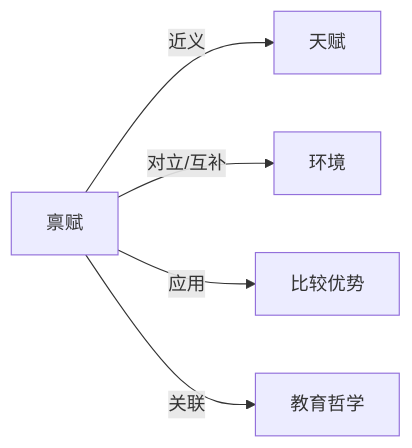
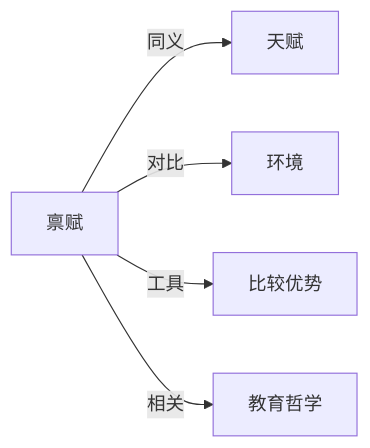
The diagram in Knowledge/Concepts/心理学/禀赋.md (KIMMCHOW/MyKnowledge), drawn with Mermaid before and after one commit. The commit also changed 95 other files, not shown here.

Commit message:
reorganize: 统一关系图边标签为11类

````diff
--- a/Knowledge/Concepts/心理学/禀赋.md
+++ b/Knowledge/Concepts/心理学/禀赋.md
@@ -43,7 +43,7 @@
 ```mermaid
 graph LR
-禀赋 -->|近义| 天赋
-禀赋 -->|对立/互补| 环境
-禀赋 -->|应用| 比较优势
-禀赋 -->|关联| 教育哲学
+禀赋 -->|同义| 天赋
+禀赋 -->|对比| 环境
+禀赋 -->|工具| 比较优势
+禀赋 -->|相关| 教育哲学
 ```
````
